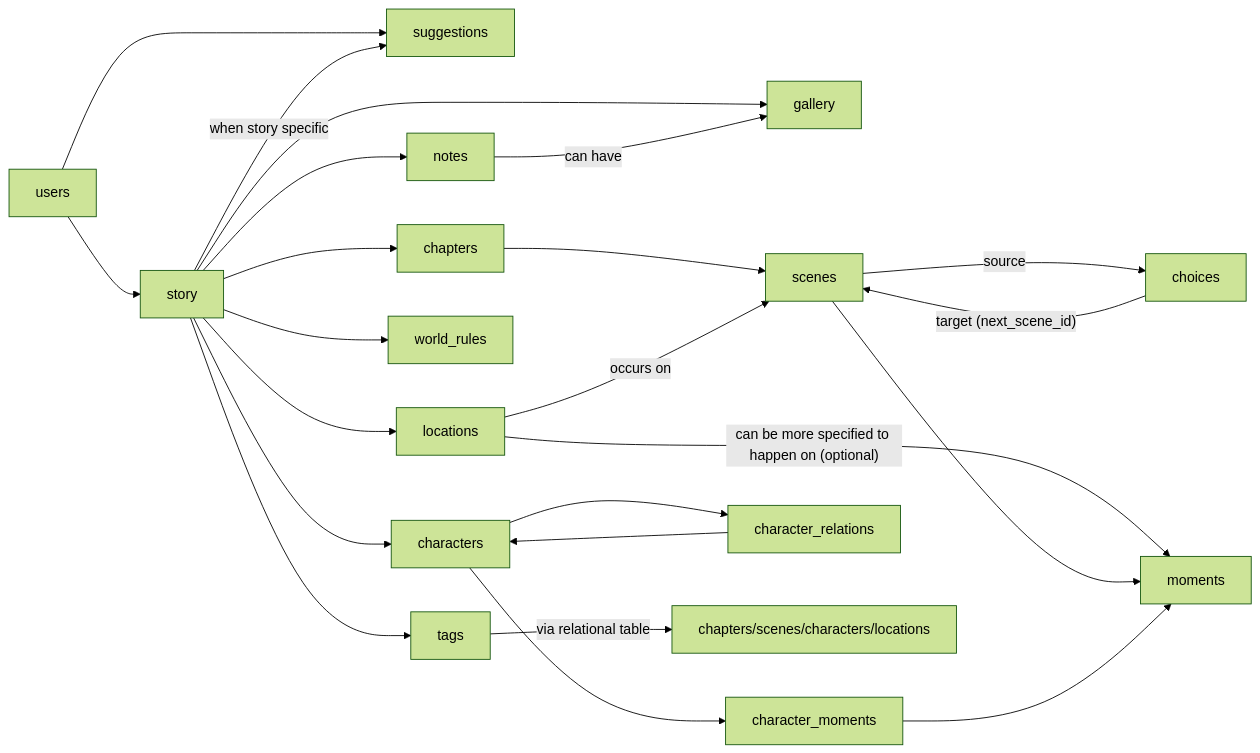
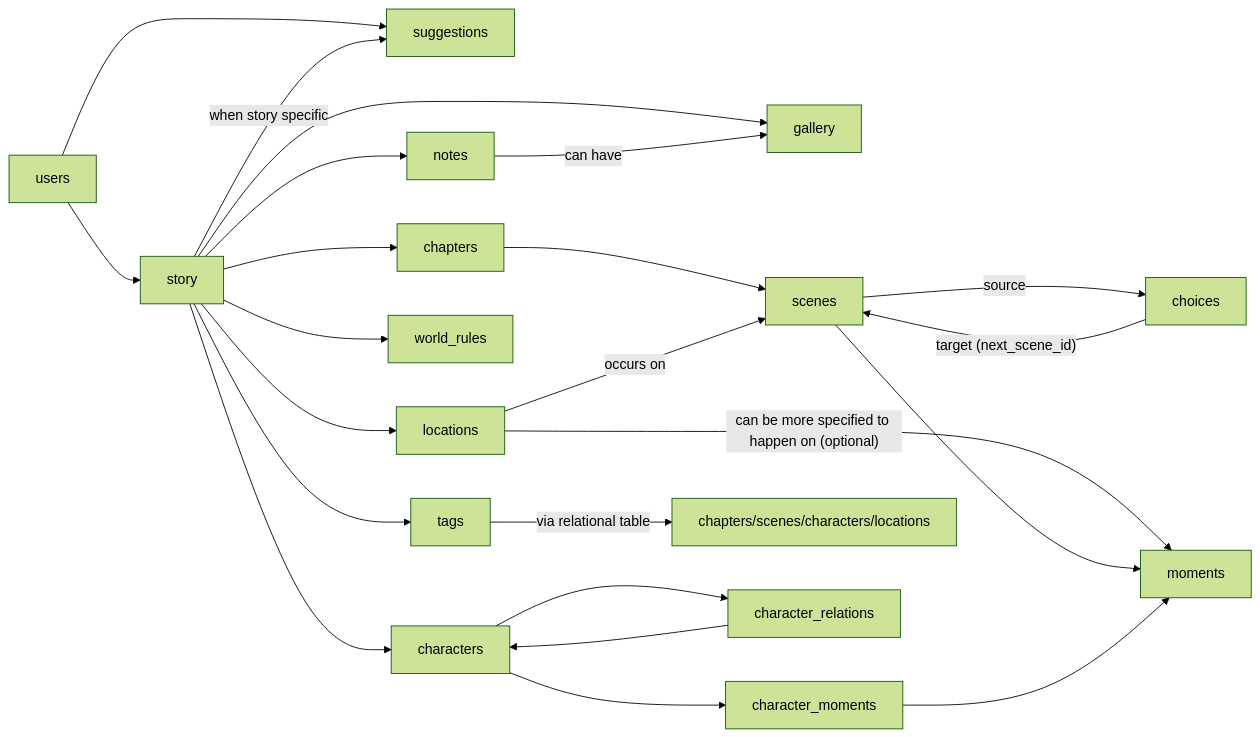
The diagram in docs/project_plan.md (CaioFViana/Keres), drawn with Mermaid (forest theme) before and after one commit. The commit also changed other lines of this file and 26 other files, not shown here.

````diff
--- a/docs/project_plan.md
+++ b/docs/project_plan.md
@@ -303,32 +303,32 @@
 ```mermaid
 graph LR
     users --> story
     users --> suggestions
 
     story --> characters
     story --> gallery
     story --> chapters
     story --> locations
     story --> world_rules
     story --> notes
     story --> tags
     story -- when story specific --> suggestions
 
     chapters --> scenes
     locations -- occurs on--> scenes
     locations -- can be more specified to happen on (optional) --> moments
 
     scenes --> moments
     scenes -- source --> choices
     choices -- target (next_scene_id) --> scenes
 
     characters --> character_moments
     character_moments --> moments
 
+    tags -- via relational table --> chapters/scenes/characters/locations
     characters --> character_relations
     character_relations --> characters
 
     notes -- can have --> gallery
 
-    tags -- via relational table --> chapters/scenes/characters/locations
 ```
````
